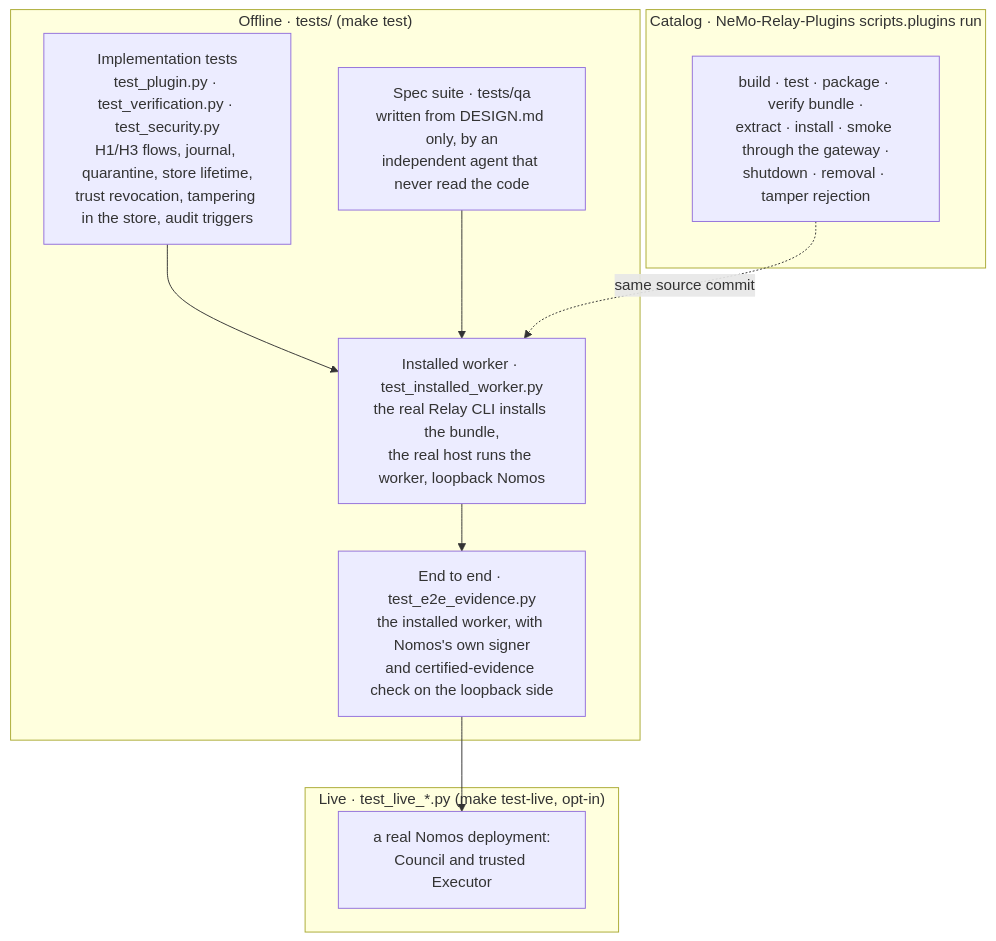
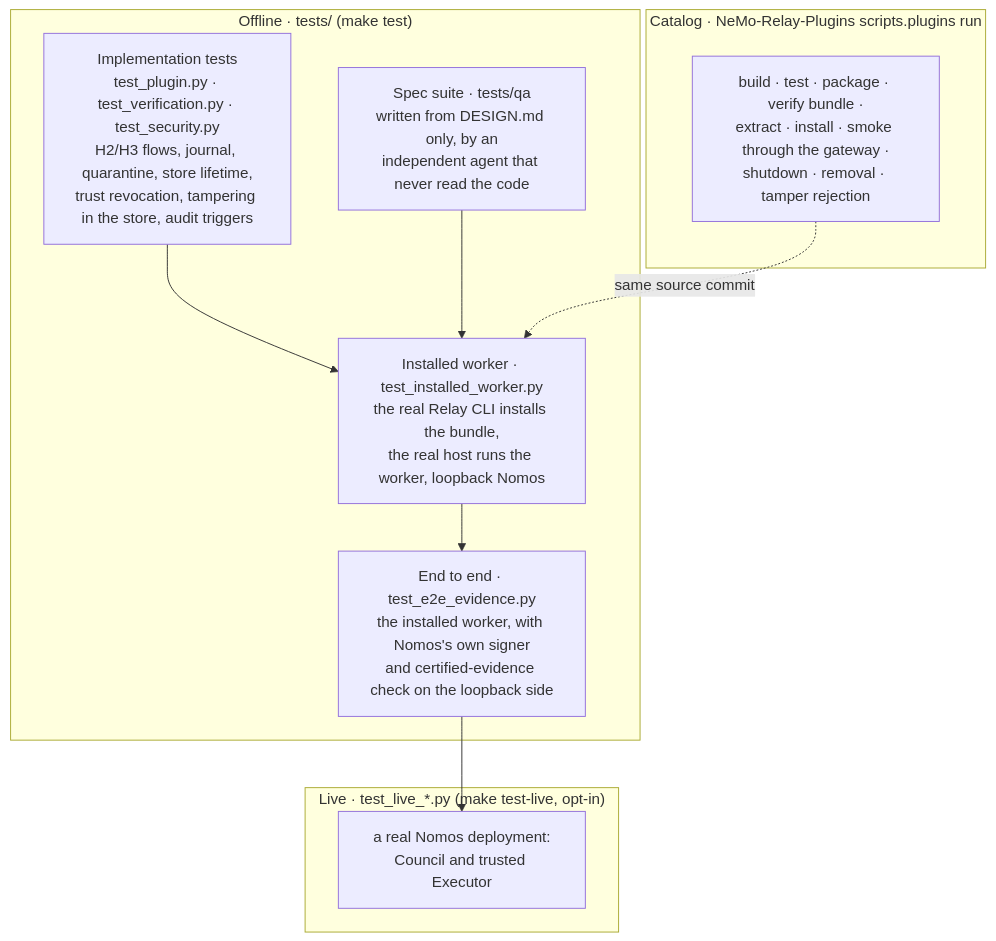
The diagram in integrations/nemo-relay/docs/build/architecture/09-testing.md (NVIDIA/Nomos), drawn with Mermaid before and after one commit. The commit also changed other lines of this file and 53 other files, not shown here.

````diff
--- a/integrations/nemo-relay/docs/build/architecture/09-testing.md
+++ b/integrations/nemo-relay/docs/build/architecture/09-testing.md
@@ -10,18 +10,18 @@
 ```mermaid
 flowchart TB
   subgraph T1["Offline · tests/ (make test)"]
-    unit["Implementation tests<br/>test_plugin.py · test_verification.py · test_security.py<br/>H1/H3 flows, journal, quarantine, store lifetime,<br/>trust revocation, tampering in the store, audit triggers"]
+    unit["Implementation tests<br/>test_plugin.py · test_verification.py · test_security.py<br/>H2/H3 flows, journal, quarantine, store lifetime,<br/>trust revocation, tampering in the store, audit triggers"]
     qa["Spec suite · tests/qa<br/>written from DESIGN.md only, by an<br/>independent agent that never read the code"]
     inst["Installed worker · test_installed_worker.py<br/>the real Relay CLI installs the bundle,<br/>the real host runs the worker, loopback Nomos"]
     e2e["End to end · test_e2e_evidence.py<br/>the installed worker, with Nomos's own signer<br/>and certified-evidence check on the loopback side"]
   end
   subgraph T2["Live · test_live_*.py (make test-live, opt-in)"]
     live["a real Nomos deployment:<br/>Council and trusted Executor"]
   end
   subgraph T3["Catalog · NeMo-Relay-Plugins scripts.plugins run"]
     cat["build · test · package · verify bundle ·<br/>extract · install · smoke through the gateway ·<br/>shutdown · removal · tamper rejection"]
   end
   unit --> inst --> e2e --> live
   qa --> inst
   cat -.->|same source commit| inst
 ```
````
